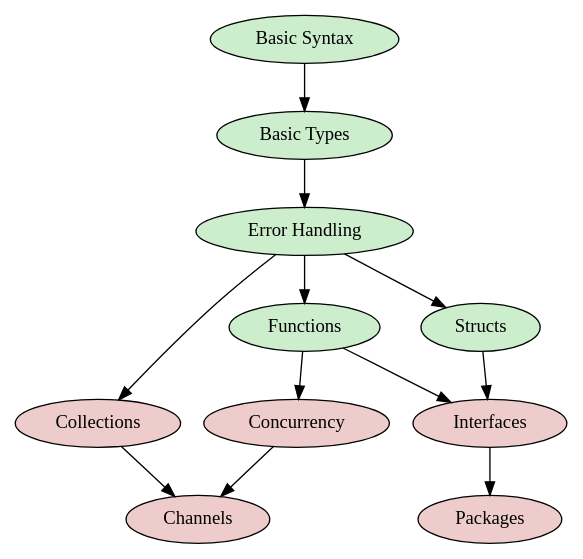
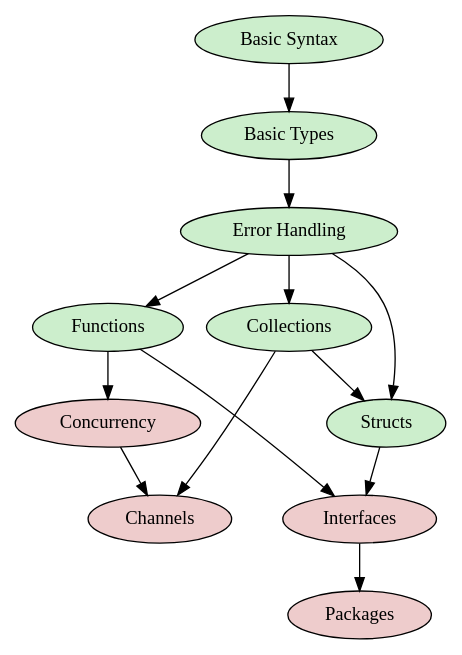
The diagram in index.dot (pdbogen/go101), drawn with Graphviz before and after one commit. The commit also changed 10 other files, not shown here.

```diff
--- a/index.dot
+++ b/index.dot
@@ -1,13 +1,15 @@
 digraph {
   node [style=filled, fillcolor="#EECCCC"];
   "Basic Syntax" [href="./basics", fillcolor="#CCEECC"];
   "Basic Types" [href="./types", fillcolor="#CCEECC"];
   "Error Handling" [href="./errors", fillcolor="#CCEECC"];
   "Functions" [href="./functions", fillcolor="#CCEECC"];
   "Structs" [href="./structs", fillcolor="#CCEECC"];
+  "Collections" [href="./collections", fillcolor="#CCEECC"];
   "Basic Syntax" -> "Basic Types" -> "Error Handling";
   "Error Handling" -> "Functions" -> "Concurrency" -> "Channels";
   "Error Handling" -> "Collections" -> "Channels";
   "Error Handling" -> "Structs" -> "Interfaces" -> "Packages"
   "Functions" -> "Interfaces";
+  "Collections" -> "Structs";
 }
```
